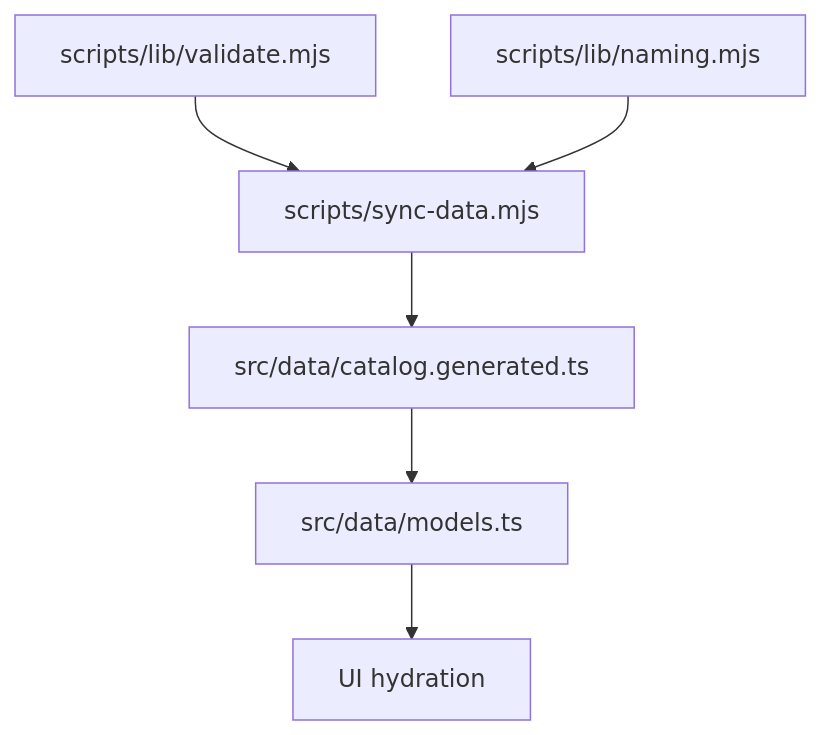
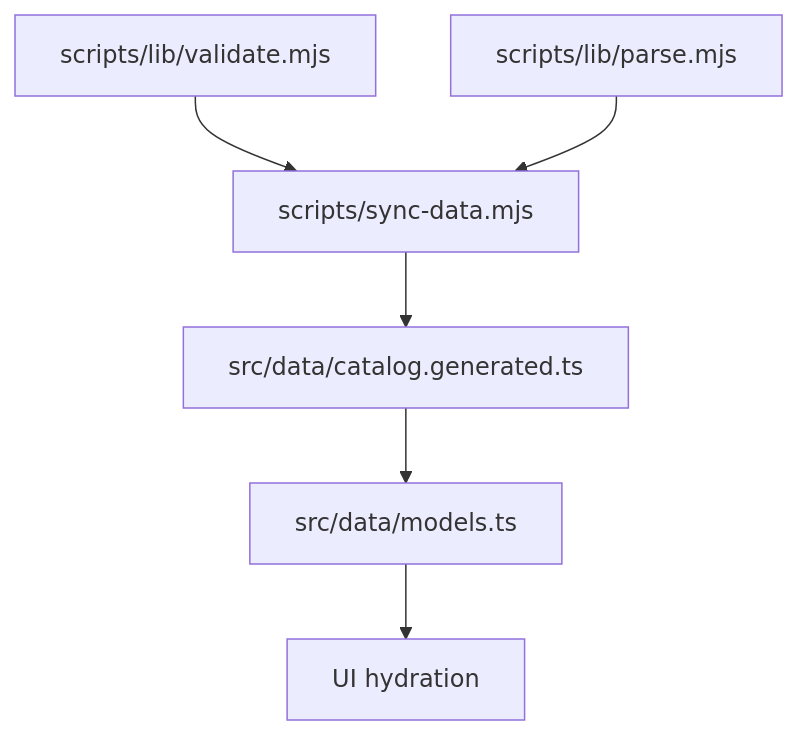
The seventh of 7 diagrams in .qoder/repowiki/en/content/Data Management System/Model Metadata Schema.md (delirium-dj/modelcomp), drawn with Mermaid before and after one commit. The commit also changed other lines of this file and 185 other files, not shown here.

````diff
--- a/.qoder/repowiki/en/content/Data Management System/Model Metadata Schema.md
+++ b/.qoder/repowiki/en/content/Data Management System/Model Metadata Schema.md
@@ -279,8 +332,8 @@
 ```mermaid
 graph TB
 Validate["scripts/lib/validate.mjs"] --> Sync["scripts/sync-data.mjs"]
-Naming["scripts/lib/naming.mjs"] --> Sync
+Parse["scripts/lib/parse.mjs"] --> Sync
 Sync --> Catalog["src/data/catalog.generated.ts"]
 Catalog --> Models["src/data/models.ts"]
 Models --> UI["UI hydration"]
 ```
````
